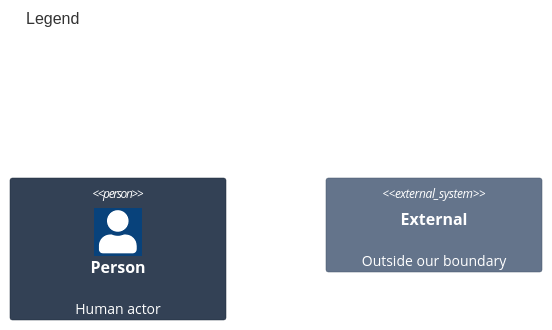
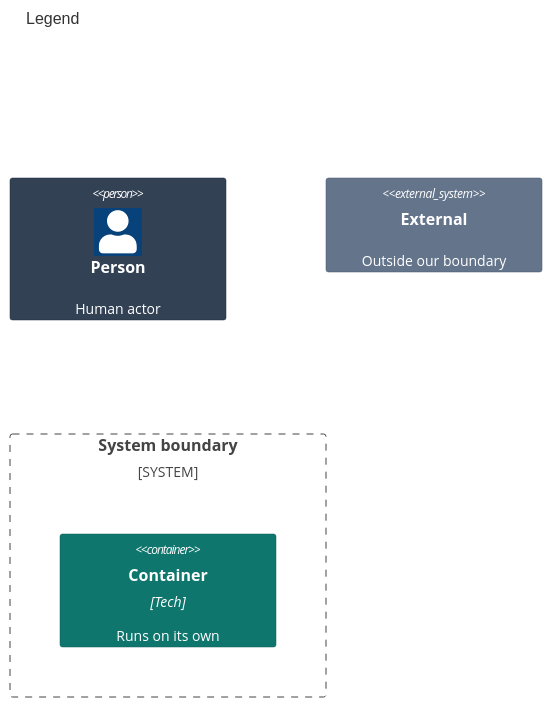
The second of 2 diagrams in docs/architecture/02-containers.md (may-journal/feature-flag-kit), drawn with Mermaid before and after one commit. The commit also changed other lines of this file and 30 other files, not shown here.

````diff
--- a/docs/architecture/02-containers.md
+++ b/docs/architecture/02-containers.md
@@ -22,10 +28,14 @@
 ```mermaid
 C4Container
     title Legend
 
     Person(p, "Person", "Human actor")
+    System_Boundary(b, "System boundary") {
+        Container(c, "Container", "Tech", "Runs on its own")
+    }
     System_Ext(e, "External", "Outside our boundary")
 
     UpdateElementStyle(p, $bgColor="#334155", $borderColor="#1e293b", $fontColor="#ffffff")
+    UpdateElementStyle(c, $bgColor="#0f766e", $borderColor="#115e59", $fontColor="#ffffff")
     UpdateElementStyle(e, $bgColor="#64748b", $borderColor="#475569", $fontColor="#ffffff")
 ```
````
